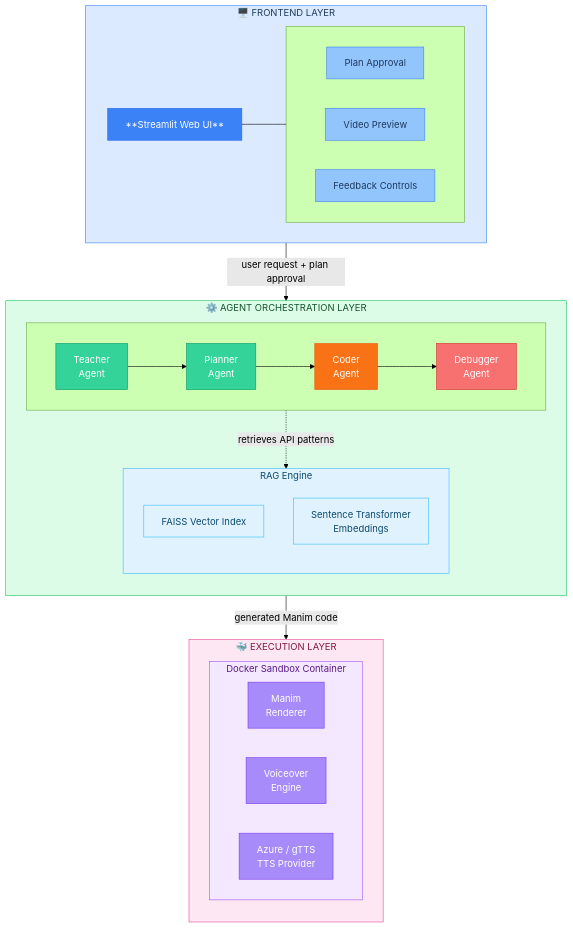
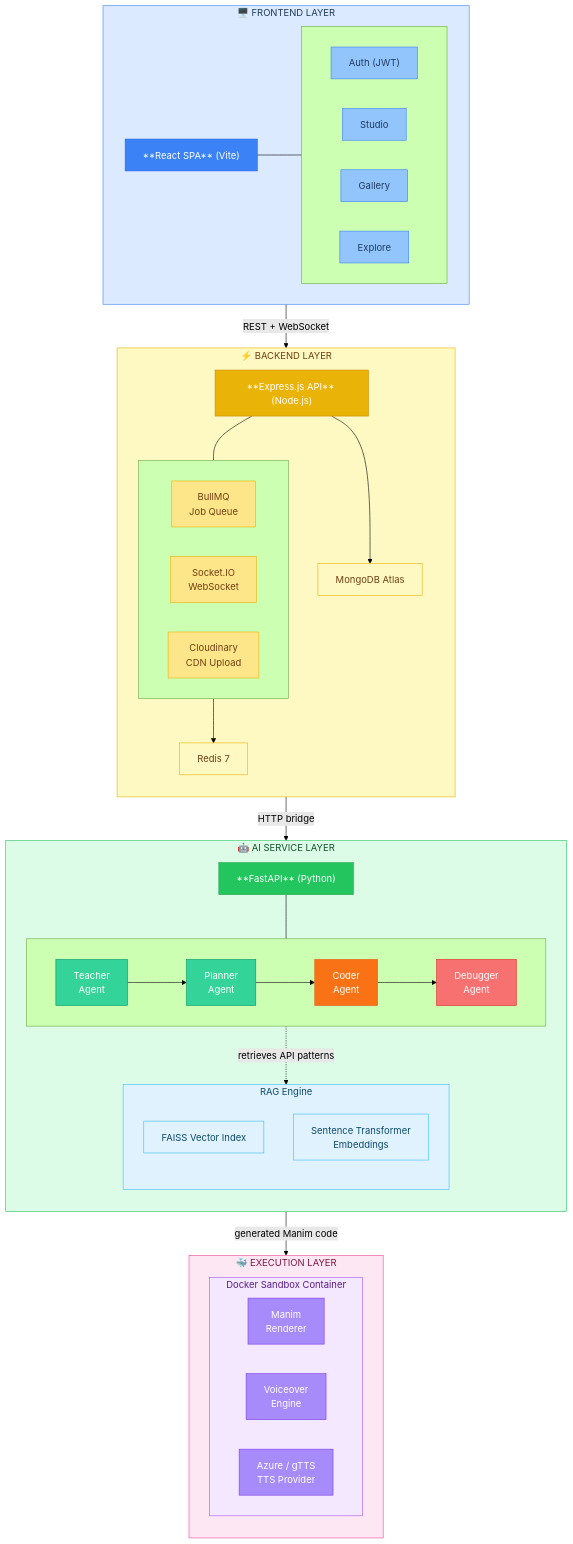
Before and after one commit to Manish-Sharma26/AnimAi: the first of 11 diagrams in PROJECT_REPORT.md, drawn with Mermaid (forest theme). The commit also changed other lines of this file and 17 other files, not shown here.

````diff
--- a/PROJECT_REPORT.md
+++ b/PROJECT_REPORT.md
@@ -195,18 +227,36 @@
 flowchart TD
     subgraph FL["🖥️ FRONTEND LAYER"]
         direction LR
-        UI["**Streamlit Web UI**"]
+        UI["**React SPA** (Vite)"]
         subgraph UI_FEATURES[" "]
             direction LR
-            F1["Plan Approval"]
-            F2["Video Preview"]
-            F3["Feedback Controls"]
+            F1["Auth (JWT)"]
+            F2["Studio"]
+            F3["Gallery"]
+            F4["Explore"]
         end
         UI --- UI_FEATURES
     end
 
-    subgraph AOL["⚙️ AGENT ORCHESTRATION LAYER"]
+    subgraph BL["⚡ BACKEND LAYER"]
         direction TB
+        API["**Express.js API** (Node.js)"]
+        subgraph SERVICES[" "]
+            direction LR
+            S1["BullMQ\nJob Queue"]
+            S2["Socket.IO\nWebSocket"]
+            S3["Cloudinary\nCDN Upload"]
+        end
+        API --- SERVICES
+        DB["MongoDB Atlas"]
+        RD["Redis 7"]
+        API --> DB
+        S1 --> RD
+    end
+
+    subgraph AL["🤖 AI SERVICE LAYER"]
+        direction TB
+        FAST["**FastAPI** (Python)"]
         subgraph AGENTS[" "]
             direction LR
             AG1["Teacher\nAgent"]
@@ -220,6 +270,7 @@
             RAG1["FAISS Vector Index"]
             RAG2["Sentence Transformer\nEmbeddings"]
         end
+        FAST --- AGENTS
         AG3 -.->|retrieves API patterns| RAG_BOX
     end
 
@@ -233,13 +284,19 @@
         end
     end
 
-    FL -->|user request + plan approval| AOL
-    AOL -->|generated Manim code| EXL
+    FL -->|REST + WebSocket| BL
+    BL -->|HTTP bridge| AL
+    AL -->|generated Manim code| EXL
 
     style FL fill:#dbeafe,stroke:#3b82f6,color:#1e3a5f
-    style AOL fill:#dcfce7,stroke:#22c55e,color:#14532d
+    style BL fill:#fef9c3,stroke:#eab308,color:#713f12
+    style AL fill:#dcfce7,stroke:#22c55e,color:#14532d
     style EXL fill:#fce7f3,stroke:#ec4899,color:#831843
     style UI fill:#3b82f6,color:#fff,stroke:#2563eb
+    style API fill:#eab308,color:#fff,stroke:#ca8a04
+    style FAST fill:#22c55e,color:#fff,stroke:#16a34a
+    style DB fill:#fef9c3,stroke:#eab308,color:#713f12
+    style RD fill:#fef9c3,stroke:#eab308,color:#713f12
     style AG1 fill:#34d399,color:#fff,stroke:#059669
     style AG2 fill:#34d399,color:#fff,stroke:#059669
     style AG3 fill:#f97316,color:#fff,stroke:#ea580c
@@ -254,4 +311,8 @@
     style F1 fill:#93c5fd,color:#1e3a5f,stroke:#3b82f6
     style F2 fill:#93c5fd,color:#1e3a5f,stroke:#3b82f6
     style F3 fill:#93c5fd,color:#1e3a5f,stroke:#3b82f6
+    style F4 fill:#93c5fd,color:#1e3a5f,stroke:#3b82f6
+    style S1 fill:#fde68a,color:#713f12,stroke:#eab308
+    style S2 fill:#fde68a,color:#713f12,stroke:#eab308
+    style S3 fill:#fde68a,color:#713f12,stroke:#eab308
 ```
````
